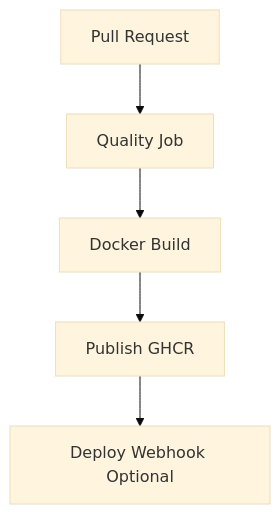
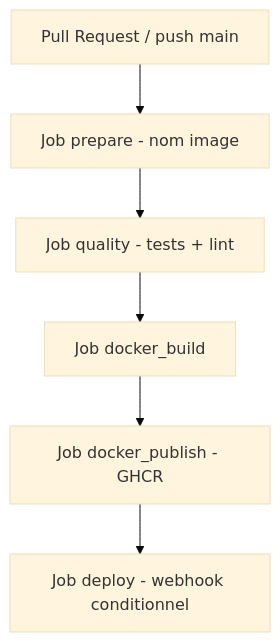
One commit to userZku/multimodal-classification changed the second of 3 diagrams in README.md. Above: the diagram before and after it, drawn with Mermaid (base theme). The commit also changed other lines of this file and 3 other files, not shown here.

First line of the commit message:
docs: documenter la boucle de feedback et corriger les diagrammes obsoletes

````diff
--- a/README.md
+++ b/README.md
@@ -79,7 +90,8 @@
 ```mermaid
 flowchart TD
-   PR[Pull Request] --> Q[Quality Job]
-   Q --> B[Docker Build]
-   B --> P[Publish GHCR]
-   P --> D[Deploy Webhook Optional]
+   PR[Pull Request / push main] --> PREP[Job prepare - nom image]
+   PREP --> Q[Job quality - tests + lint]
+   Q --> B[Job docker_build]
+   B --> P[Job docker_publish - GHCR]
+   P --> D[Job deploy - webhook conditionnel]
 ```
````
